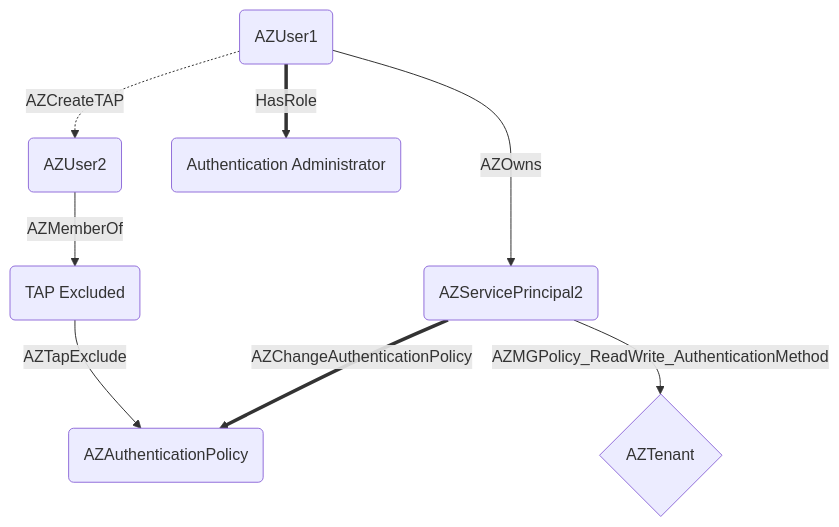
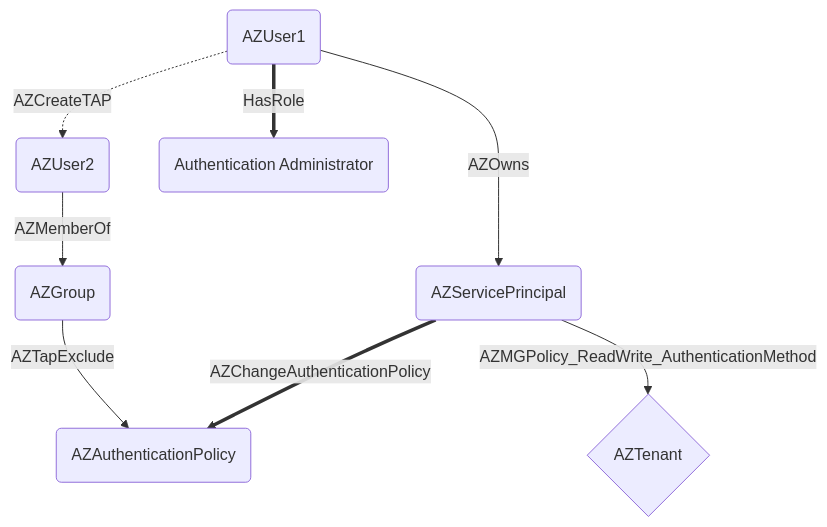
Before and after one commit to MichaelGrafnetter/EntraAuthPolicyHound: the fourth of 4 diagrams in README.md, drawn with Mermaid. The commit also changed other lines of this file, not shown here.

Commit message:
Minor graph changes

````diff
--- a/README.md
+++ b/README.md
@@ -468,17 +468,17 @@
 ```mermaid
 graph TB
     u1(AZUser1)
     u2(AZUser2)
-    a(AZServicePrincipal2)
+    a(AZServicePrincipal)
     r(Authentication Administrator)
-    g(TAP Excluded)
+    g(AZGroup)
     p(AZAuthenticationPolicy)
     t{AZTenant}
     u2 -- AZMemberOf --> g
     g -- AZTapExclude --> p
     u1 == HasRole ==> r
     u1 -- AZOwns --> a
     a == AZChangeAuthenticationPolicy ==> p
     a -- AZMGPolicy_ReadWrite_AuthenticationMethod --> t
     u1 -. AZCreateTAP .-> u2
 ```
````
